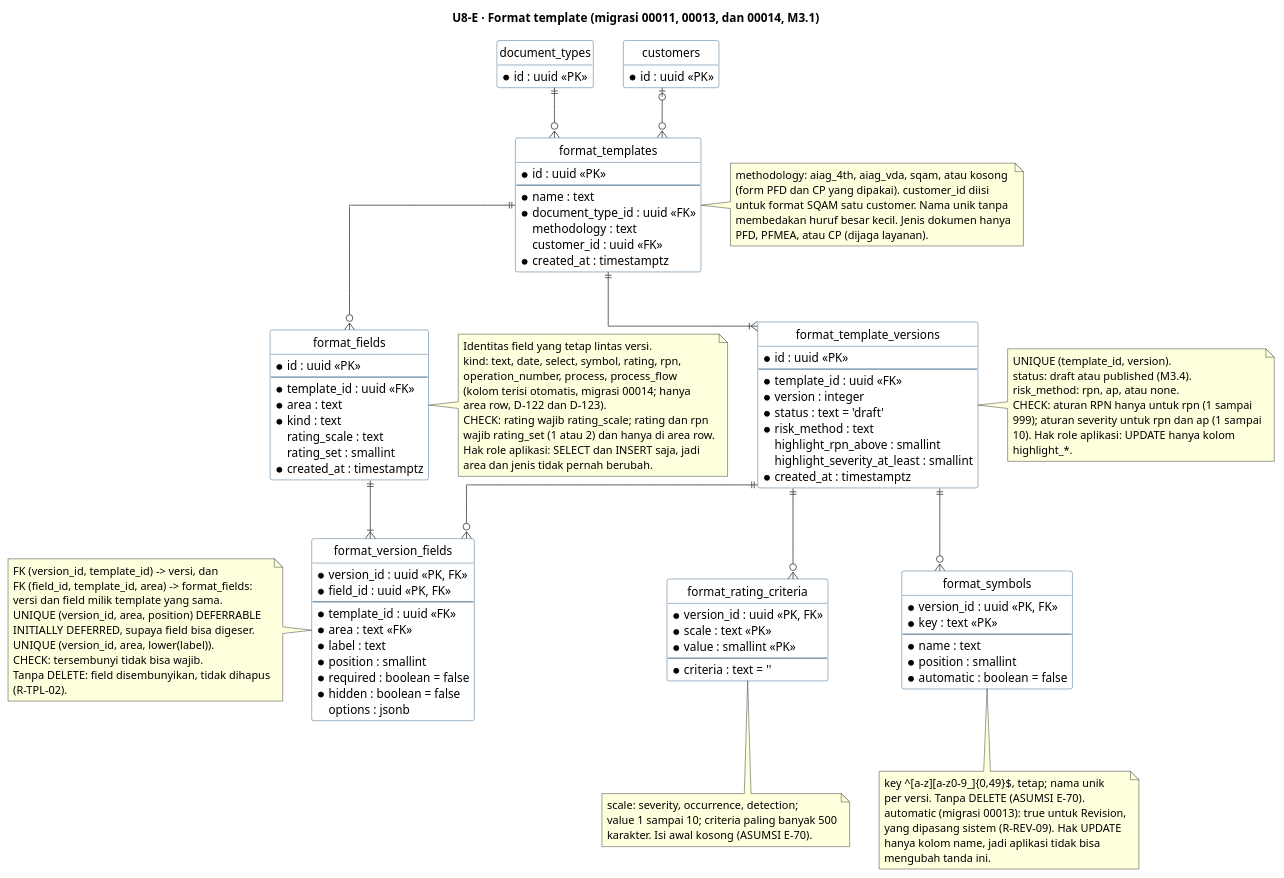
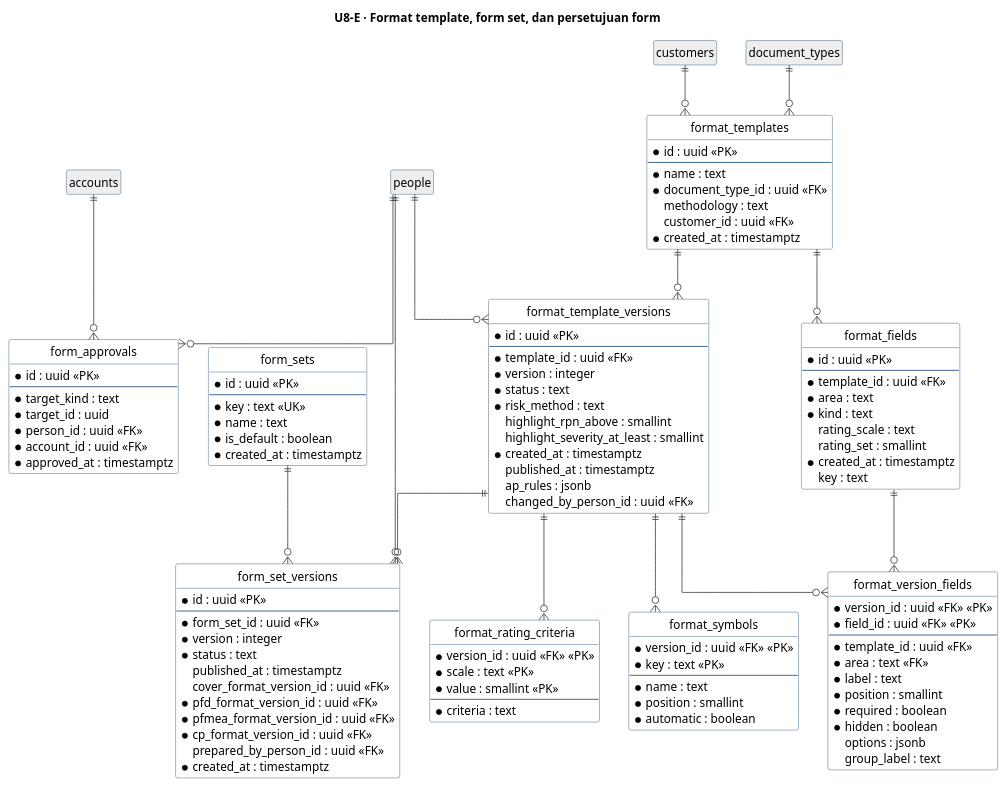
One commit to dkpauzi/revioten changed the fifth of 10 diagrams in docs/uml/U8-erd.puml. Above: the diagram before and after it, drawn with PlantUML. The commit also changed other lines of this file and 61 other files, not shown here.

First line of the commit message:
D-194 (layar), UML draft 0.16, dan temuan E-126 sampai E-128

```diff
--- a/docs/uml/U8-erd.puml
+++ b/docs/uml/U8-erd.puml
@@ -599,148 +412,134 @@
-@startuml U8-E-format-template
+@startuml U8-E-format-dan-form-set
 hide circle
 hide empty members
 skinparam linetype ortho
 skinparam shadowing false
 skinparam ArrowColor #444444
 skinparam ClassBorderColor #1F4E79
 skinparam ClassBackgroundColor #FFFFFF
 
-title U8-E · Format template (migrasi 00011, 00013, dan 00014, M3.1)
+title U8-E · Format template, form set, dan persetujuan form
 
 entity "format_templates" as format_templates {
   * id : uuid <<PK>>
   --
   * name : text
   * document_type_id : uuid <<FK>>
   methodology : text
   customer_id : uuid <<FK>>
   * created_at : timestamptz
 }
 
 entity "format_template_versions" as format_template_versions {
   * id : uuid <<PK>>
   --
   * template_id : uuid <<FK>>
   * version : integer
-  * status : text = 'draft'
+  * status : text
   * risk_method : text
   highlight_rpn_above : smallint
   highlight_severity_at_least : smallint
   * created_at : timestamptz
+  published_at : timestamptz
+  ap_rules : jsonb
+  changed_by_person_id : uuid <<FK>>
 }
 
 entity "format_fields" as format_fields {
   * id : uuid <<PK>>
   --
   * template_id : uuid <<FK>>
   * area : text
   * kind : text
   rating_scale : text
   rating_set : smallint
   * created_at : timestamptz
+  key : text
 }
 
 entity "format_version_fields" as format_version_fields {
-  * version_id : uuid <<PK, FK>>
-  * field_id : uuid <<PK, FK>>
+  * version_id : uuid <<FK>> <<PK>>
+  * field_id : uuid <<FK>> <<PK>>
   --
   * template_id : uuid <<FK>>
   * area : text <<FK>>
   * label : text
   * position : smallint
-  * required : boolean = false
-  * hidden : boolean = false
+  * required : boolean
+  * hidden : boolean
   options : jsonb
+  group_label : text
 }
 
 entity "format_rating_criteria" as format_rating_criteria {
-  * version_id : uuid <<PK, FK>>
+  * version_id : uuid <<FK>> <<PK>>
   * scale : text <<PK>>
   * value : smallint <<PK>>
   --
-  * criteria : text = ''
+  * criteria : text
 }
 
 entity "format_symbols" as format_symbols {
-  * version_id : uuid <<PK, FK>>
+  * version_id : uuid <<FK>> <<PK>>
   * key : text <<PK>>
   --
   * name : text
   * position : smallint
-  * automatic : boolean = false
+  * automatic : boolean
 }
 
-entity "document_types" as document_types_e {
+entity "form_sets" as form_sets {
   * id : uuid <<PK>>
+  --
+  * key : text <<UK>>
+  * name : text
+  * is_default : boolean
+  * created_at : timestamptz
 }
 
-entity "customers" as customers_e {
+entity "form_set_versions" as form_set_versions {
   * id : uuid <<PK>>
+  --
+  * form_set_id : uuid <<FK>>
+  * version : integer
+  * status : text
+  published_at : timestamptz
+  cover_format_version_id : uuid <<FK>>
+  * pfd_format_version_id : uuid <<FK>>
+  * pfmea_format_version_id : uuid <<FK>>
+  * cp_format_version_id : uuid <<FK>>
+  prepared_by_person_id : uuid <<FK>>
+  * created_at : timestamptz
 }
 
-document_types_e ||--o{ format_templates
-customers_e |o--o{ format_templates
-format_templates ||--|{ format_template_versions
+entity "form_approvals" as form_approvals {
+  * id : uuid <<PK>>
+  --
+  * target_kind : text
+  * target_id : uuid
+  * person_id : uuid <<FK>>
+  * account_id : uuid <<FK>>
+  * approved_at : timestamptz
+}
+
+entity "accounts" as accounts #EEEEEE
+entity "customers" as customers #EEEEEE
+entity "document_types" as document_types #EEEEEE
+entity "people" as people #EEEEEE
+
+accounts ||--o{ form_approvals
+people ||--o{ form_approvals
+form_sets ||--o{ form_set_versions
+format_template_versions ||--o{ form_set_versions
+people ||--o{ form_set_versions
 format_templates ||--o{ format_fields
-format_template_versions ||--o{ format_version_fields
-format_fields ||--|{ format_version_fields
 format_template_versions ||--o{ format_rating_criteria
 format_template_versions ||--o{ format_symbols
+format_templates ||--o{ format_template_versions
+people ||--o{ format_template_versions
+customers ||--o{ format_templates
+document_types ||--o{ format_templates
+format_fields ||--o{ format_version_fields
+format_template_versions ||--o{ format_version_fields
 
-note right of format_templates
-  methodology: aiag_4th, aiag_vda, sqam, atau kosong
-  (form PFD dan CP yang dipakai). customer_id diisi
-  untuk format SQAM satu customer. Nama unik tanpa
-  membedakan huruf besar kecil. Jenis dokumen hanya
-  PFD, PFMEA, atau CP (dijaga layanan).
-end note
-
-note right of format_template_versions
-  UNIQUE (template_id, version).
-  status: draft atau published (M3.4).
-  risk_method: rpn, ap, atau none.
-  CHECK: aturan RPN hanya untuk rpn (1 sampai
-  999); aturan severity untuk rpn dan ap (1 sampai
-  10). Hak role aplikasi: UPDATE hanya kolom
-  highlight_*.
-end note
-
-note right of format_fields
-  Identitas field yang tetap lintas versi.
-  kind: text, date, select, symbol, rating, rpn,
-  operation_number, process, process_flow
-  (kolom terisi otomatis, migrasi 00014; hanya
-  area row, D-122 dan D-123).
-  CHECK: rating wajib rating_scale; rating dan rpn
-  wajib rating_set (1 atau 2) dan hanya di area row.
-  Hak role aplikasi: SELECT dan INSERT saja, jadi
-  area dan jenis tidak pernah berubah.
-end note
-
-note left of format_version_fields
-  FK (version_id, template_id) -> versi, dan
-  FK (field_id, template_id, area) -> format_fields:
-  versi dan field milik template yang sama.
-  UNIQUE (version_id, area, position) DEFERRABLE
-  INITIALLY DEFERRED, supaya field bisa digeser.
-  UNIQUE (version_id, area, lower(label)).
-  CHECK: tersembunyi tidak bisa wajib.
-  Tanpa DELETE: field disembunyikan, tidak dihapus
-  (R-TPL-02).
-end note
-
-note bottom of format_rating_criteria
-  scale: severity, occurrence, detection;
-  value 1 sampai 10; criteria paling banyak 500
-  karakter. Isi awal kosong (ASUMSI E-70).
-end note
-
-note bottom of format_symbols
-  key ^[a-z][a-z0-9_]{0,49}$, tetap; nama unik
-  per versi. Tanpa DELETE (ASUMSI E-70).
-  automatic (migrasi 00013): true untuk Revision,
-  yang dipasang sistem (R-REV-09). Hak UPDATE
-  hanya kolom name, jadi aplikasi tidak bisa
-  mengubah tanda ini.
-end note
 @enduml
```
